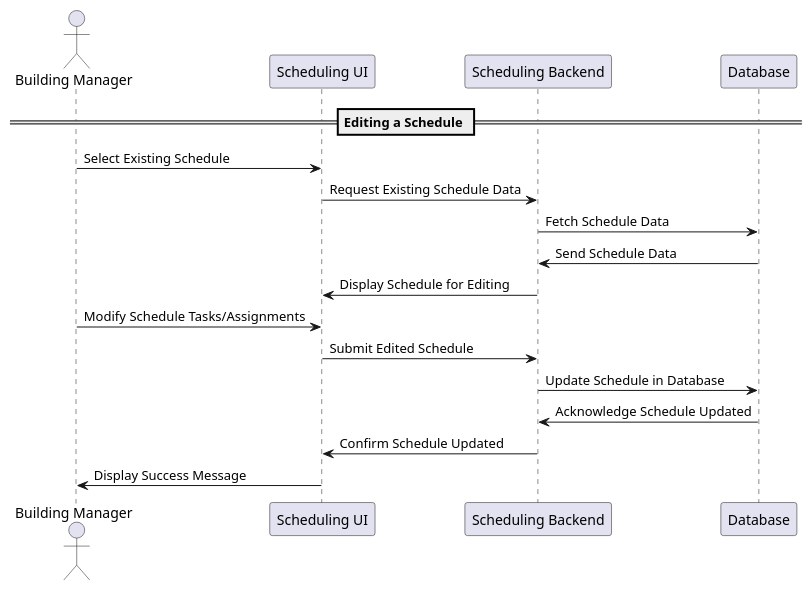
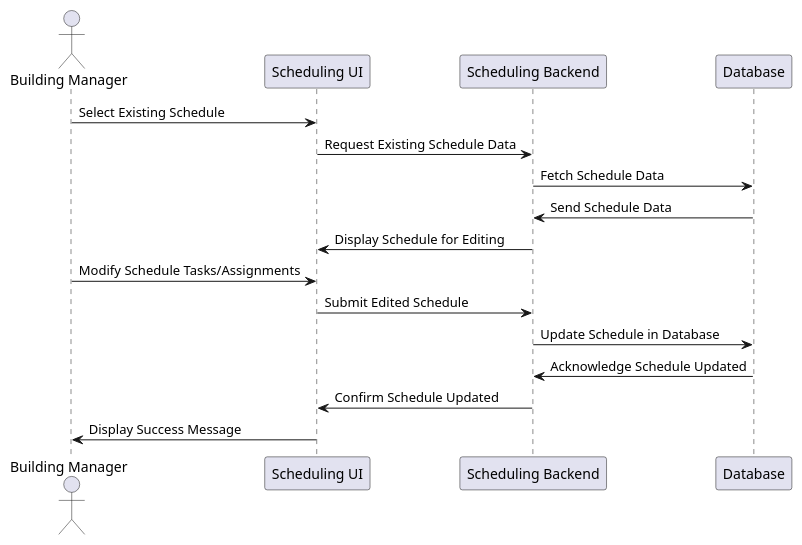
One commit to ur-swe-fa24/main-project-winners-inc changed the diagram in docs/design/SequenceDiagrams/SequenceDiagram_EditScheduling.puml. Above: the diagram before and after it, drawn with PlantUML.

Commit message:
Update editing schedule

```diff
--- a/docs/design/SequenceDiagrams/SequenceDiagram_EditScheduling.puml
+++ b/docs/design/SequenceDiagrams/SequenceDiagram_EditScheduling.puml
@@ -1,20 +1,20 @@
 @startuml CreatingSchedule
 actor "Building Manager" as BM
 participant "Scheduling UI" as UI
 participant "Scheduling Backend" as BE
 participant "Database" as DB
 
-== Editing a Schedule ==
+
 BM -> UI : Select Existing Schedule
 UI -> BE : Request Existing Schedule Data
 BE -> DB : Fetch Schedule Data
 DB -> BE : Send Schedule Data
 BE -> UI : Display Schedule for Editing
 BM -> UI : Modify Schedule Tasks/Assignments
 UI -> BE : Submit Edited Schedule
 BE -> DB : Update Schedule in Database
 DB -> BE : Acknowledge Schedule Updated
 BE -> UI : Confirm Schedule Updated
 UI -> BM : Display Success Message
 
 @enduml
```
